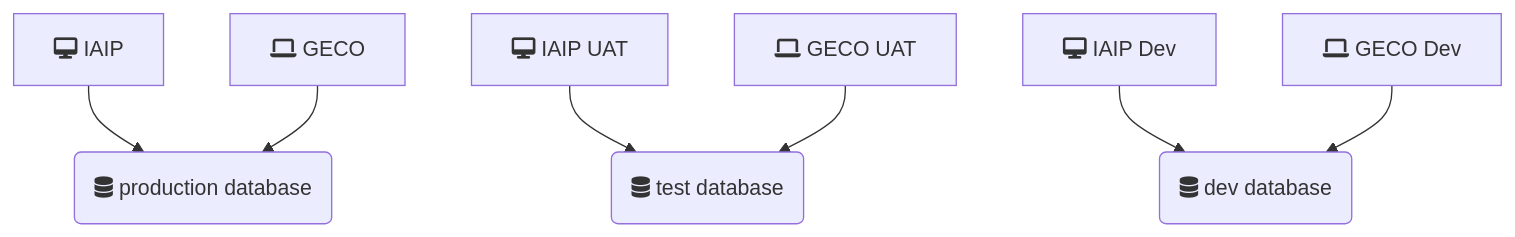
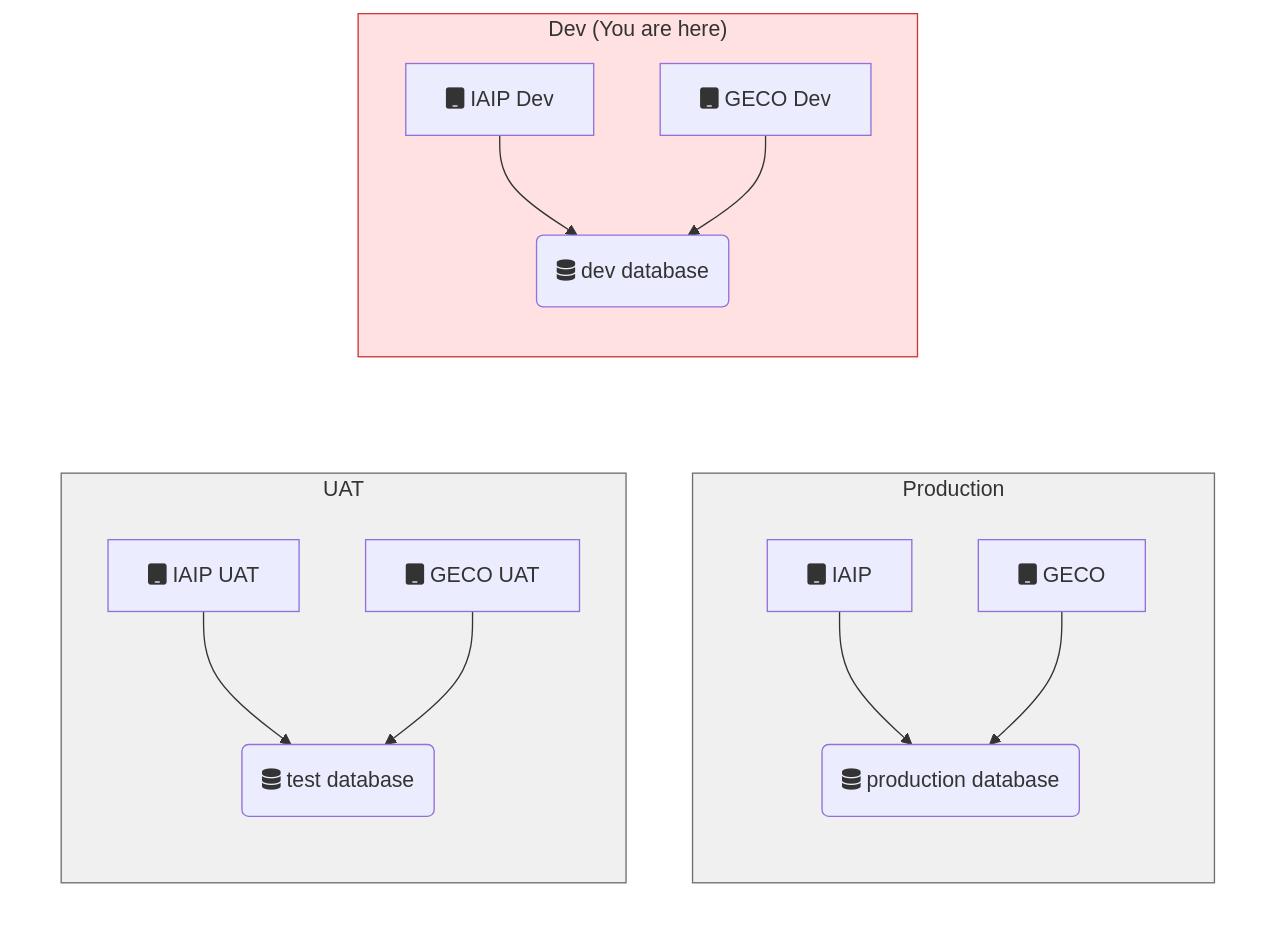
The diagram in iaip-website/www/dev/index.md (gaepdit/iaip), drawn with Mermaid before and after one commit. The commit also changed other lines of this file and 4 other files, not shown here.

Commit message:
Update the Dev & UAT flow charts

```diff
--- a/iaip-website/www/dev/index.md
+++ b/iaip-website/www/dev/index.md
@@ -14,9 +13,24 @@
 <pre class="mermaid">
-graph TD;
-    A[fa:fa-desktop IAIP] --> B(fa:fa-database production database);
-    G[fa:fa-laptop GECO] --> B;
-    C[fa:fa-desktop IAIP UAT] --> D(fa:fa-database test database);
-    H[fa:fa-laptop GECO UAT] --> D;
-    E[fa:fa-desktop IAIP Dev] --> F(fa:fa-database dev database);
-    I[fa:fa-laptop GECO Dev] --> F;
+flowchart LR
+    subgraph PU[" "]
+        subgraph Production
+            direction TB
+            A[fa:fa-tablet IAIP] --> B(fa:fa-database production database);
+            C[fa:fa-tablet GECO] --> B;
+        end
+        subgraph UAT
+            direction TB
+            D[fa:fa-tablet IAIP UAT] --> E(fa:fa-database test database);
+            F[fa:fa-tablet GECO UAT] --> E;
+        end
+    end
+    subgraph Dev["Dev (You are here)"]
+        direction TB
+        G[fa:fa-tablet IAIP Dev] --> H(fa:fa-database dev database);
+        I[fa:fa-tablet GECO Dev] --> H;
+    end
+    style Production stroke:#6e6e6e,fill:#f0f0f0
+    style UAT stroke:#6e6e6e,fill:#f0f0f0
+    style Dev stroke:#cb3838,fill:#ffe1e1
+    style PU stroke:none,fill:none
 </pre>
```
